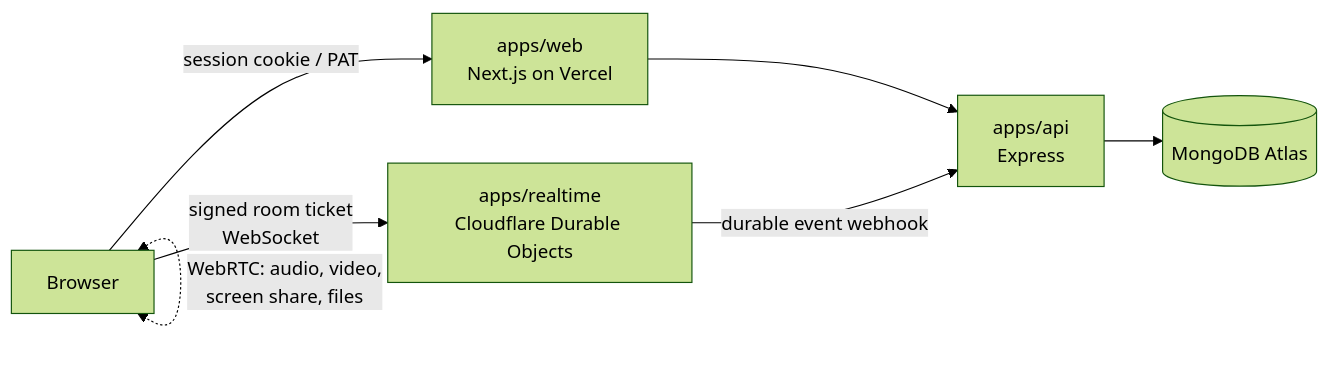
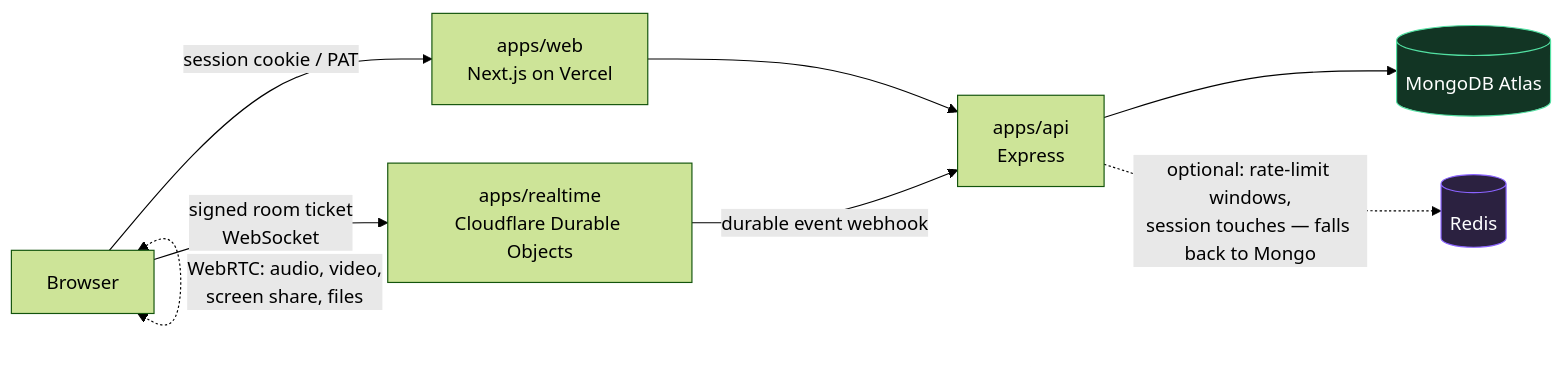
One commit to hoangsonww/Threadline-RealTime-Collab changed the diagram in README.md. Above: the diagram before and after it, drawn with Mermaid (forest theme). The commit also changed other lines of this file and 17 other files, not shown here.

````diff
--- a/README.md
+++ b/README.md
@@ -187,9 +188,13 @@
 ```mermaid
 graph LR
     Browser["Browser"] -->|"session cookie / PAT"| Web["apps/web<br/>Next.js on Vercel"]
     Web --> API["apps/api<br/>Express"]
     Browser -->|"signed room ticket<br/>WebSocket"| RT["apps/realtime<br/>Cloudflare Durable Objects"]
     API --> DB[("MongoDB Atlas")]
+    API -.->|"optional: rate-limit windows,<br/>session touches — falls back to Mongo"| Redis[("Redis")]
     RT -->|"durable event webhook"| API
     Browser <-.->|"WebRTC: audio, video,<br/>screen share, files"| Browser
+
+    style DB fill:#123524,stroke:#52e0a2,color:#fff
+    style Redis fill:#2b2140,stroke:#8a63ff,color:#fff
 ```
````
